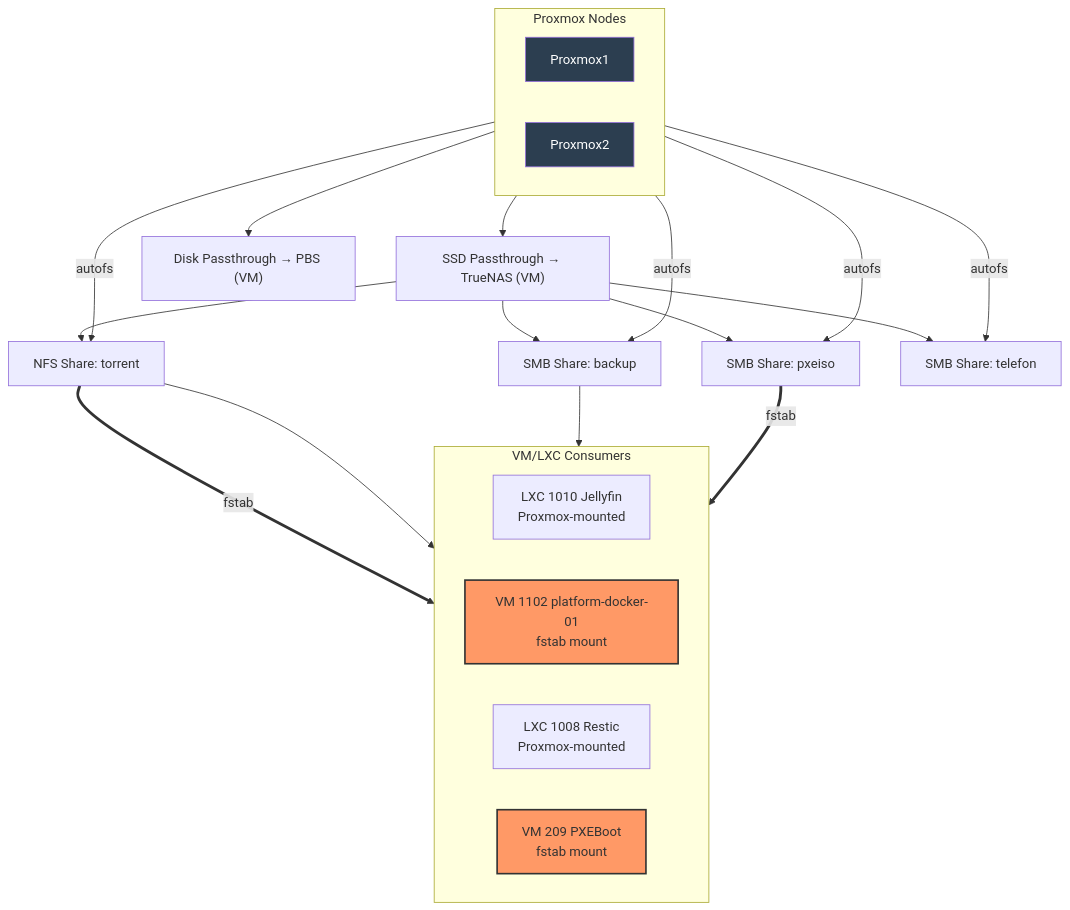
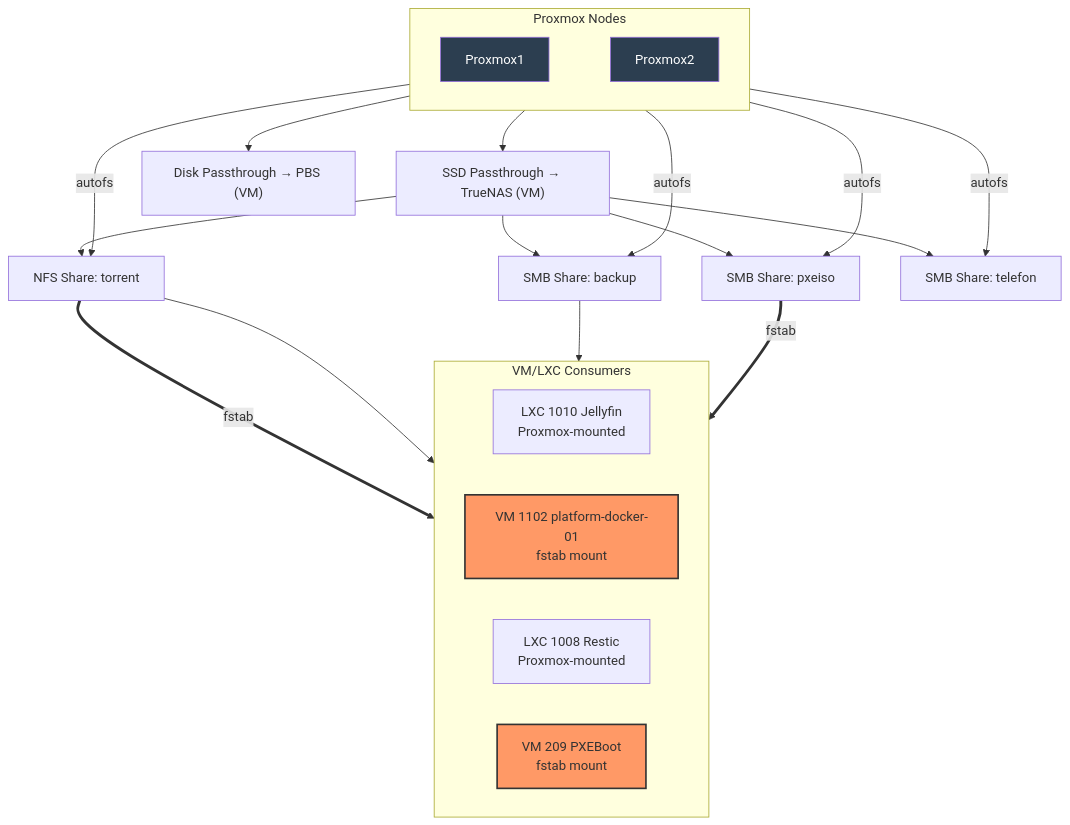
The first of 2 diagrams in 13-Design_Decisions/README_HU.md (torokrolf/homelab), drawn with Mermaid before and after one commit.

````diff
--- a/13-Design_Decisions/README_HU.md
+++ b/13-Design_Decisions/README_HU.md
@@ -56,53 +56,55 @@
 ```mermaid
 flowchart TB
     %% Smooth lines
     linkStyle default interpolate basis
 
-    %% Top row: Proxmox nodes in original order
+    %% Top row: Forced order with Proxmox1 first
     subgraph PROXMOX["Proxmox Nodes"]
         direction LR
         PVE1["Proxmox1"]
         PVE2["Proxmox2"]
+        %% Invisible link to force ordering
+        PVE1 ~~~ PVE2
     end
 
     %% Passthrough disks going directly to VMs (middle layer)
     SSD_TRUENAS["SSD Passthrough → TrueNAS (VM)"]
     SSD_PBS["Disk Passthrough → PBS (VM)"]
 
-    %% Passthrough connections (back to PVE2 only)
+    %% Passthrough connections (PVE2-höz kötve)
     PVE2 --> SSD_TRUENAS
     PVE2 --> SSD_PBS
 
     %% TrueNAS storage exports
     SSD_TRUENAS --> NFS["NFS Share: torrent"]
     SSD_TRUENAS --> SMB1["SMB Share: backup"]
     SSD_TRUENAS --> SMB2["SMB Share: pxeiso"]
     SSD_TRUENAS --> SMB3["SMB Share: telefon"]
 
     %% Proxmox1 mounts with autofs
     PVE1 -- "autofs" --> NFS
     PVE1 -- "autofs" --> SMB1
     PVE1 -- "autofs" --> SMB2
     PVE1 -- "autofs" --> SMB3
 
     %% Consumers (bottom row)
     subgraph CONSUMERS["VM/LXC Consumers"]
         direction LR
         JELLY["LXC 1010 Jellyfin\nProxmox-mounted"]
         DOCKER["VM 1102 platform-docker-01\nfstab mount"]
         RESTIC["LXC 1008 Restic\nProxmox-mounted"]
         PXEVM["VM 209 PXEBoot\nfstab mount"]
     end
 
     %% Storage → Consumers connections
     NFS ==>|fstab| DOCKER
     NFS --> JELLY
     SMB1 --> RESTIC
     SMB2 ==>|fstab| PXEVM
     
     %% Styling
     classDef fstab fill:#f96,stroke:#333,stroke-width:2px;
     class DOCKER,PXEVM fstab;
     classDef pve fill:#2c3e50,color:#fff;
     class PVE1,PVE2 pve;
 ```
````
